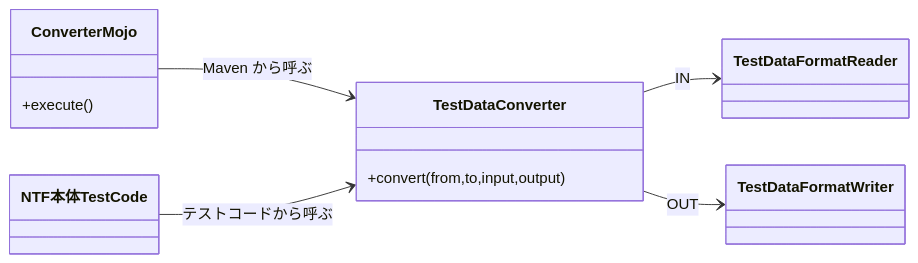
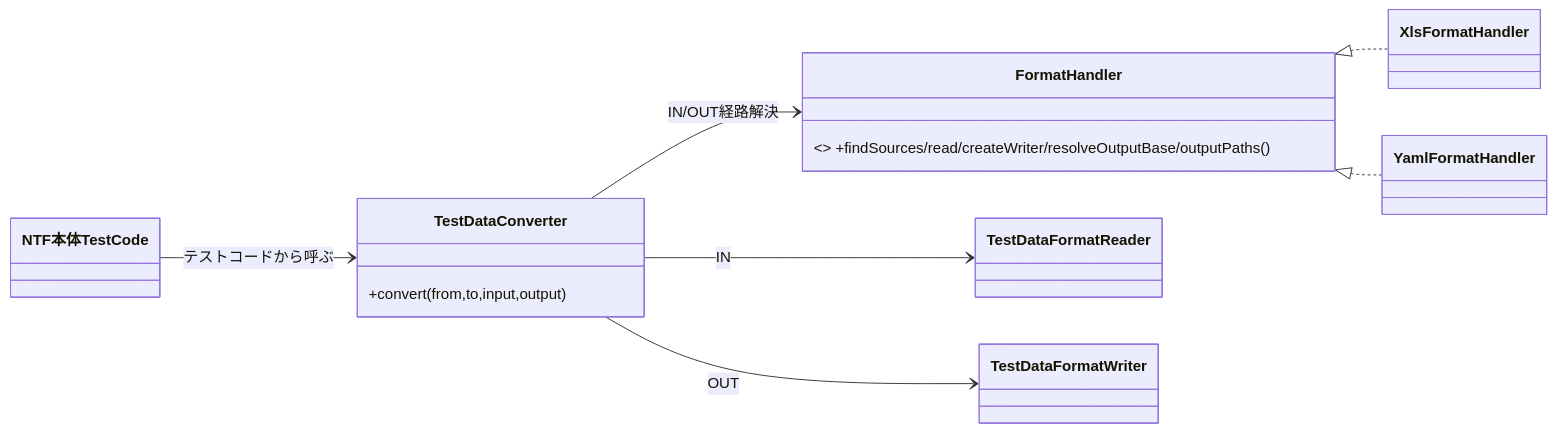
Before and after one commit to nablarch/nablarch-testing: the fifth of 5 diagrams in docs/pr75/docs/testdata-converter-design.md, drawn with Mermaid. The commit also changed other lines of this file and 3 other files, not shown here.

````diff
--- a/docs/pr75/docs/testdata-converter-design.md
+++ b/docs/pr75/docs/testdata-converter-design.md
@@ -293,10 +303,14 @@
 ```mermaid
 classDiagram
 direction LR
-class ConverterMojo { +execute() }
 class TestDataConverter { +convert(from,to,input,output) }
-ConverterMojo --> TestDataConverter : Maven から呼ぶ
+class FormatHandler { <<interface>> +findSources/read/createWriter/resolveOutputBase/outputPaths() }
+class XlsFormatHandler
+class YamlFormatHandler
 NTF本体TestCode --> TestDataConverter : テストコードから呼ぶ
+TestDataConverter --> FormatHandler : IN/OUT経路解決
+FormatHandler <|.. XlsFormatHandler
+FormatHandler <|.. YamlFormatHandler
 TestDataConverter --> TestDataFormatReader : IN
 TestDataConverter --> TestDataFormatWriter : OUT
 ```
````
